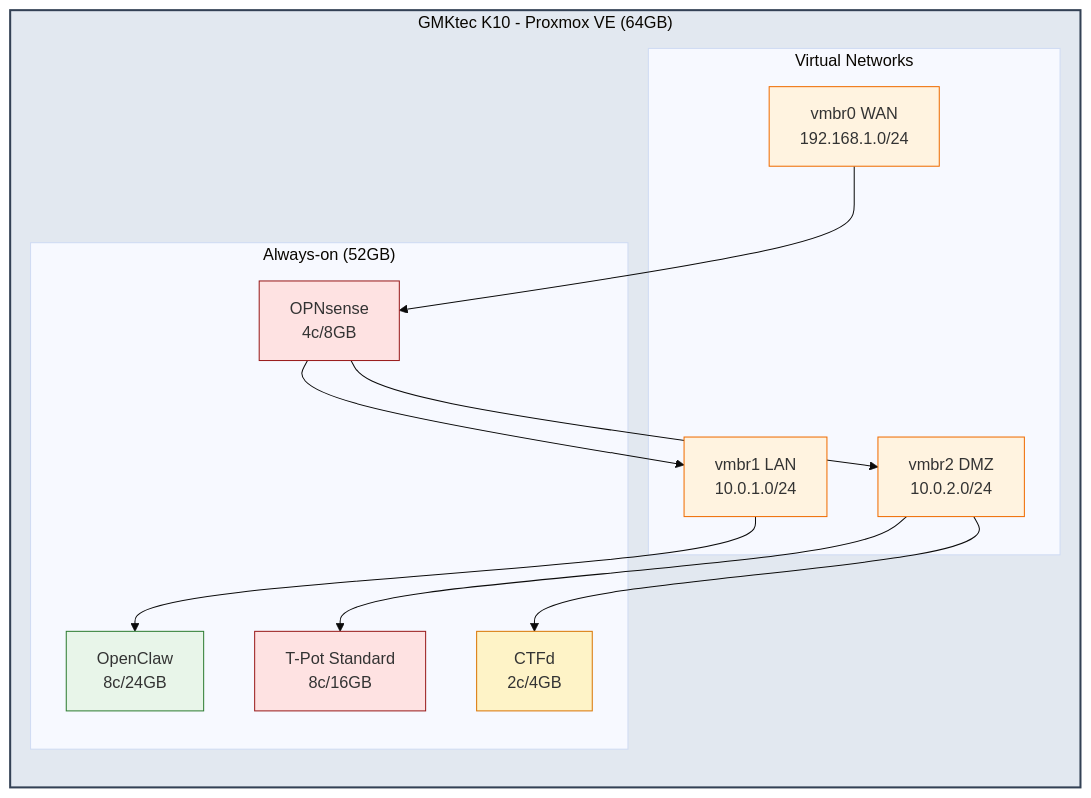
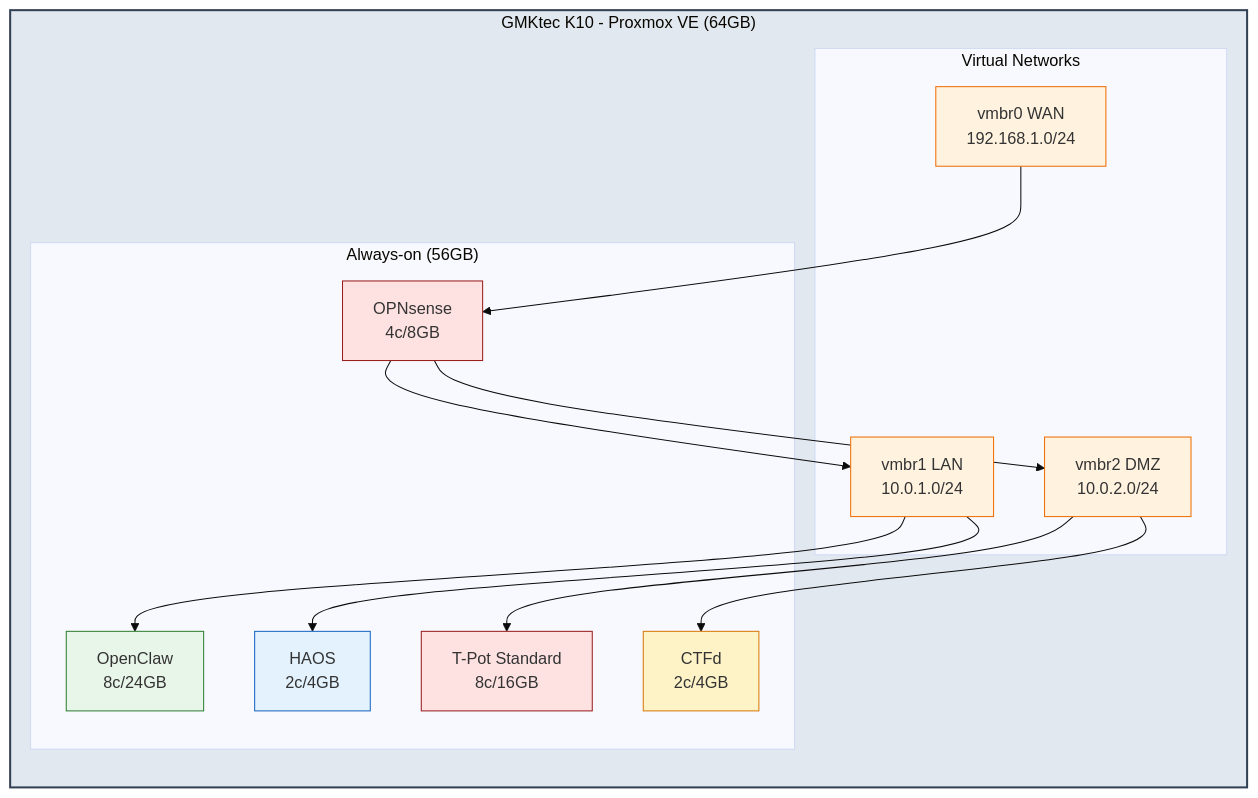
Before and after one commit to yamisskey-dev/yamisskey-terraform: the diagram in README.md, drawn with Mermaid (base theme). The commit also changed other lines of this file, not shown here.

First line of the commit message:
docs: Update README with HAOS VM and access methods

````diff
--- a/README.md
+++ b/README.md
@@ -34,32 +45,34 @@
 ```mermaid
 graph TB
     classDef host fill:#e2e8f0,stroke:#334155,stroke-width:2px
     classDef net fill:#fff3e0,stroke:#ef6c00
     classDef sec fill:#fee2e2,stroke:#991b1b
     classDef ctf fill:#fef3c7,stroke:#d97706
     classDef agent fill:#e8f5e9,stroke:#2e7d32
+    classDef home fill:#e3f2fd,stroke:#1565c0
 
     subgraph proxmox["GMKtec K10 - Proxmox VE (64GB)"]
         direction TB
 
         subgraph networks[Virtual Networks]
             vmbr0[vmbr0 WAN<br/>192.168.1.0/24]:::net
             vmbr1[vmbr1 LAN<br/>10.0.1.0/24]:::net
             vmbr2[vmbr2 DMZ<br/>10.0.2.0/24]:::net
         end
 
-        subgraph always["Always-on (52GB)"]
+        subgraph always["Always-on (56GB)"]
             opnsense[OPNsense<br/>4c/8GB]:::sec
             tpot[T-Pot Standard<br/>8c/16GB]:::sec
             ctfd[CTFd<br/>2c/4GB]:::ctf
             openclaw[OpenClaw<br/>8c/24GB]:::agent
+            haos[HAOS<br/>2c/4GB]:::home
         end
     end
 
     vmbr0 --> opnsense
     opnsense --> vmbr1 & vmbr2
-    vmbr1 --> openclaw
+    vmbr1 --> openclaw & haos
     vmbr2 --> tpot & ctfd
 
     class proxmox host
 ```
````
